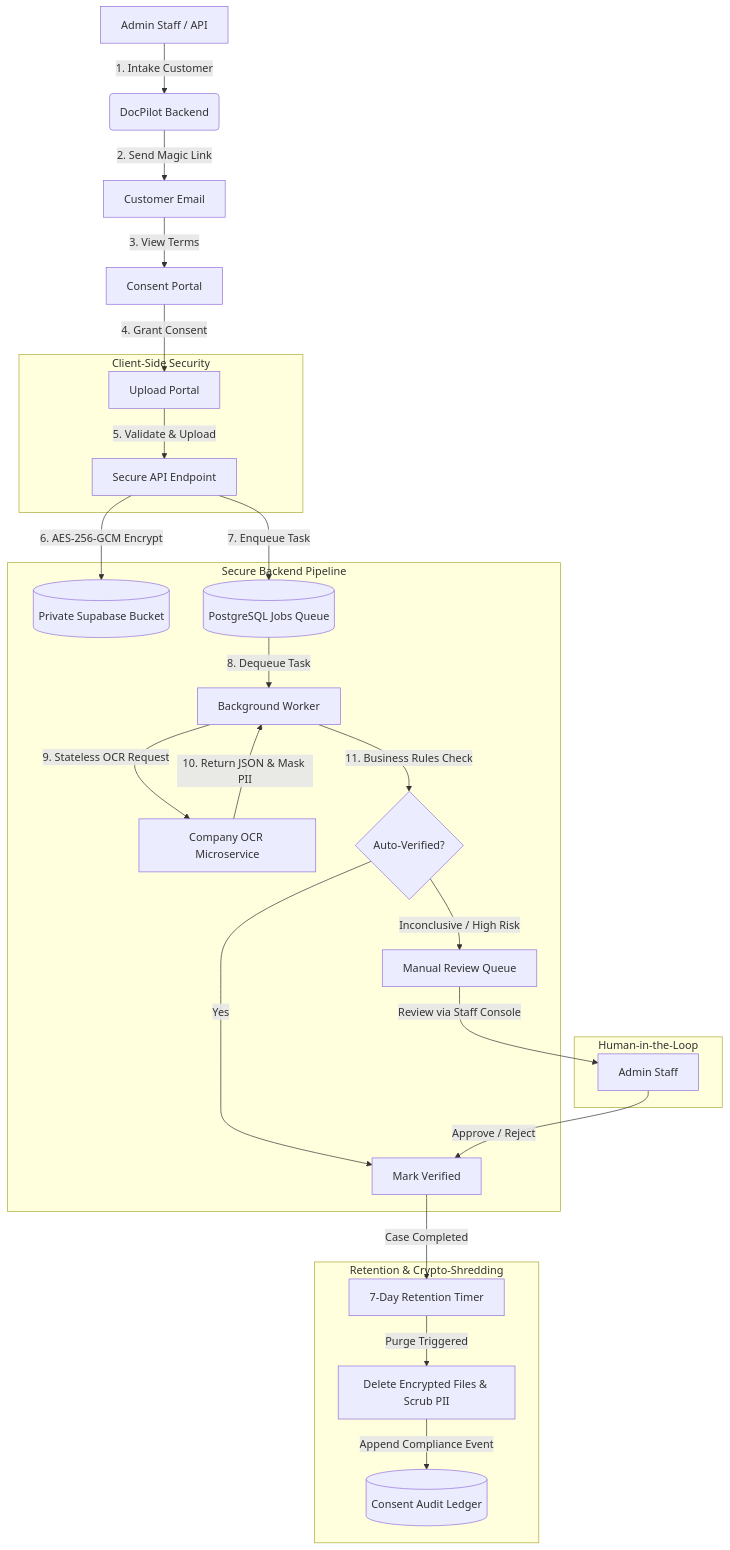
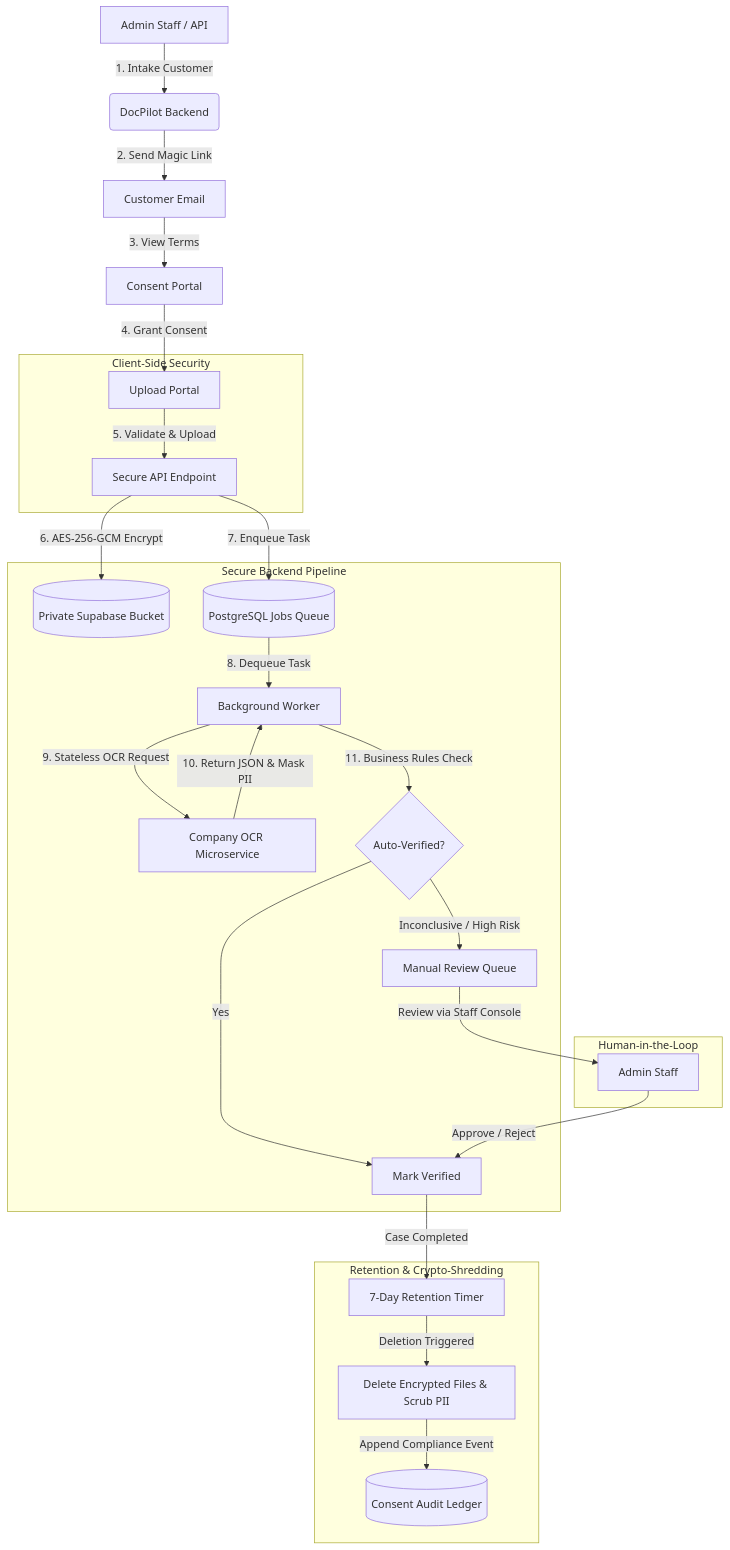
Before and after one commit to vighneshpote55-svg/DocPilot: the diagram in README.md, drawn with Mermaid. The commit also changed other lines of this file and 29 other files, not shown here.

Commit message:
refactor: rename purge terminology to deletion across UI, documentation, and schema files

````diff
--- a/README.md
+++ b/README.md
@@ -20,33 +20,33 @@
 ```mermaid
 flowchart TD
     A[Admin Staff / API] -->|1. Intake Customer| B(DocPilot Backend)
     B -->|2. Send Magic Link| C[Customer Email]
     C -->|3. View Terms| D[Consent Portal]
     D -->|4. Grant Consent| E[Upload Portal]
 
     subgraph Client-Side Security
         E -->|5. Validate & Upload| F[Secure API Endpoint]
     end
 
     subgraph Secure Backend Pipeline
         F -->|6. AES-256-GCM Encrypt| G[(Private Supabase Bucket)]
         F -->|7. Enqueue Task| H[(PostgreSQL Jobs Queue)]
         H -->|8. Dequeue Task| I[Background Worker]
         I -->|9. Stateless OCR Request| J[Company OCR Microservice]
         J -->|10. Return JSON & Mask PII| I
         I -->|11. Business Rules Check| K{Auto-Verified?}
         K -->|Yes| L[Mark Verified]
         K -->|Inconclusive / High Risk| M[Manual Review Queue]
     end
 
     subgraph Human-in-the-Loop
         M -->|Review via Staff Console| N[Admin Staff]
         N -->|Approve / Reject| L
     end
 
     subgraph Retention & Crypto-Shredding
         L -->|Case Completed| O[7-Day Retention Timer]
-        O -->|Purge Triggered| P[Delete Encrypted Files & Scrub PII]
+        O -->|Deletion Triggered| P[Delete Encrypted Files & Scrub PII]
         P -->|Append Compliance Event| Q[(Consent Audit Ledger)]
     end
 ```
````
